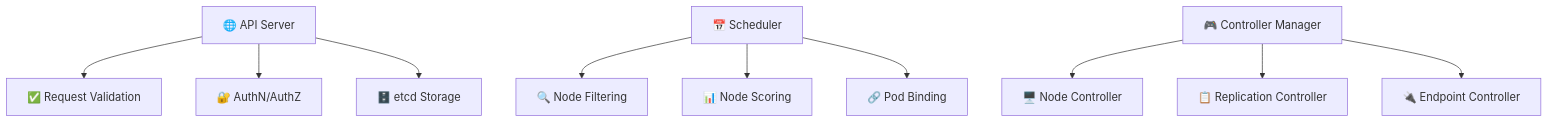
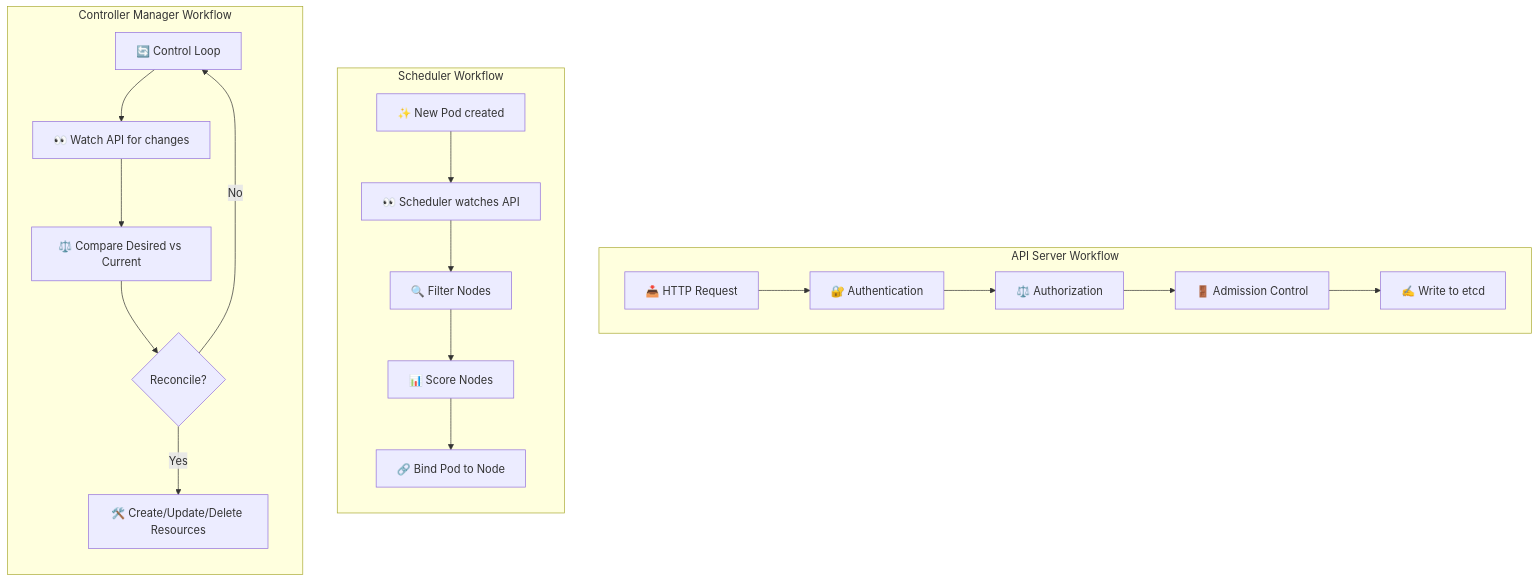
One commit to satishkumar-dhule/EA-SRE-prep changed the sixth of 50 diagrams in Kubernetes_Visual_Interview_Prep.md. Above: the diagram before and after it, drawn with Mermaid. The commit also changed other lines of this file and 5 other files, not shown here.

````diff
--- a/Kubernetes_Visual_Interview_Prep.md
+++ b/Kubernetes_Visual_Interview_Prep.md
@@ -114,14 +218,22 @@
 ```mermaid
 graph TD
-    API[🌐 API Server] --> Validation[✅ Request Validation]
-    API --> Authentication[🔐 AuthN/AuthZ]
-    API --> ETCD[🗄️ etcd Storage]
-    
-    Scheduler[📅 Scheduler] --> Filtering[🔍 Node Filtering]
-    Scheduler --> Scoring[📊 Node Scoring]
-    Scheduler --> Binding[🔗 Pod Binding]
-    
-    Controller[🎮 Controller Manager] --> Node[🖥️ Node Controller]
-    Controller --> Replication[📋 Replication Controller]
-    Controller --> Endpoint[🔌 Endpoint Controller]
+    subgraph "API Server Workflow"
+        direction LR
+        Req[📥 HTTP Request] --> AuthN[🔐 Authentication] --> AuthZ[⚖️ Authorization] --> Admission[🚪 Admission Control] --> ETCD_Write[✍️ Write to etcd]
+    end
+
+    subgraph "Scheduler Workflow"
+        direction TB
+        NewPod[✨ New Pod created] --> SchedulerWatch[👀 Scheduler watches API]
+        SchedulerWatch --> Filter[🔍 Filter Nodes] --> Score[📊 Score Nodes] --> Bind[🔗 Bind Pod to Node]
+    end
+
+    subgraph "Controller Manager Workflow"
+        direction TB
+        Loop[🔄 Control Loop] --> WatchAPI[👀 Watch API for changes]
+        WatchAPI --> CompareState[⚖️ Compare Desired vs Current]
+        CompareState --> Reconcile{Reconcile?}
+        Reconcile -- Yes --> TakeAction[🛠️ Create/Update/Delete Resources]
+        Reconcile -- No --> Loop
+    end
 ```
````
